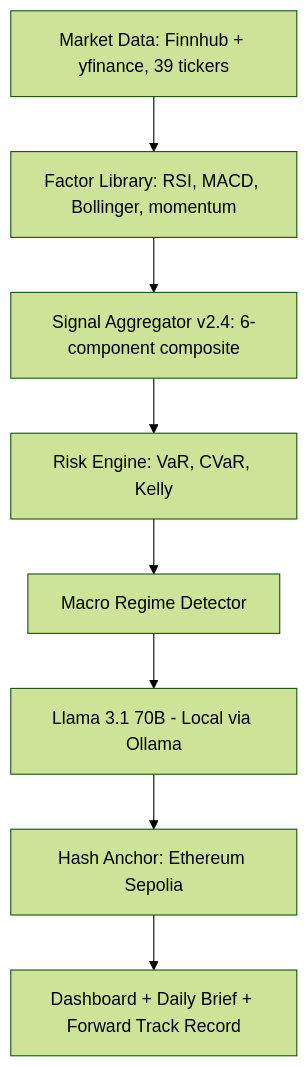
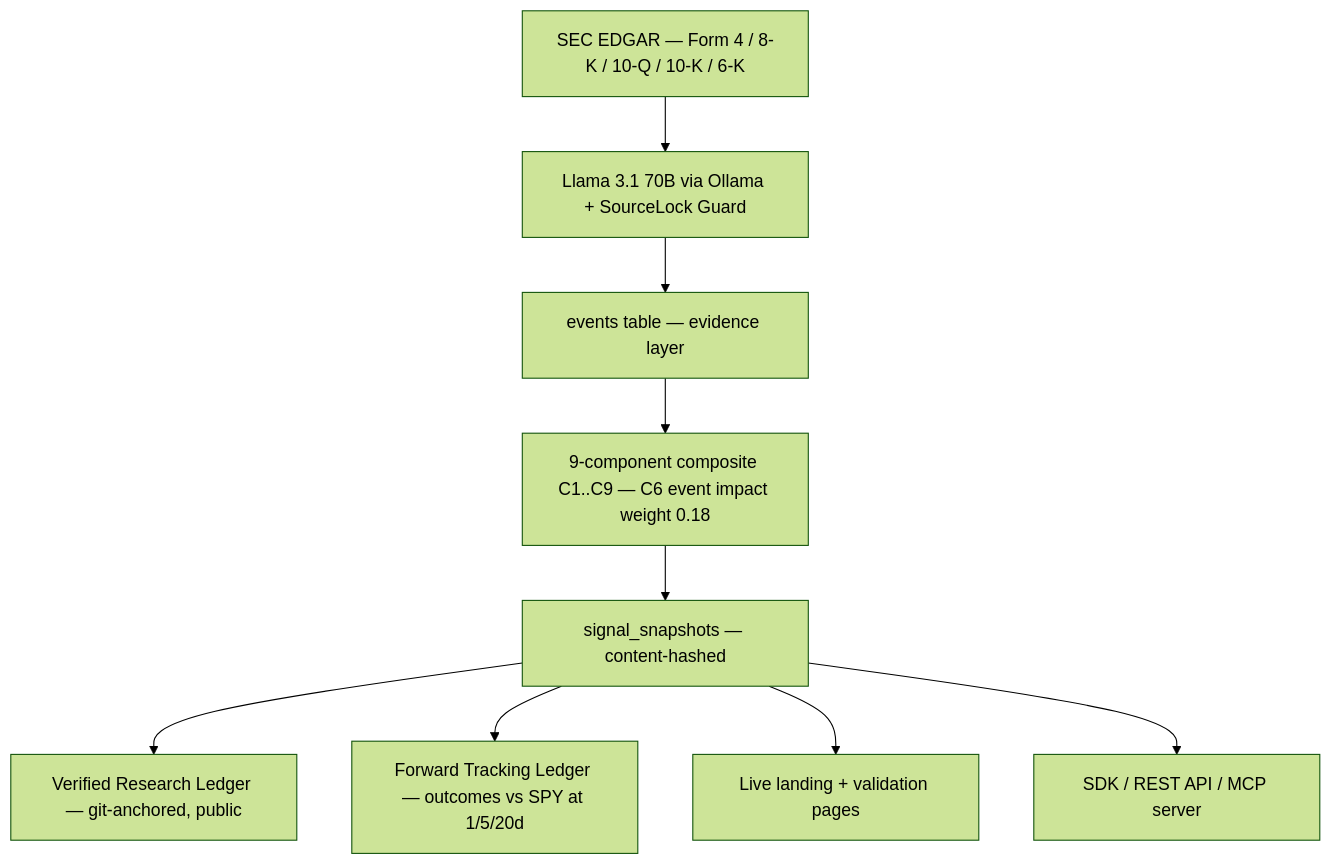
Before and after one commit to YuClawLab/yuclaw-brain: the diagram in README.md, drawn with Mermaid (forest theme). The commit also changed other lines of this file and 11 other files, not shown here.

First line of the commit message:
v3.0 docs cleanup: remove 5 dead v2.3 files; rewrite quickstart + README; fix MCP/track wording; add leak_audit disclaimer

````diff
--- a/README.md
+++ b/README.md
@@ -130,10 +107,11 @@
 ```mermaid
 graph TD
-    A[Market Data: Finnhub + yfinance, 39 tickers] --> B[Factor Library: RSI, MACD, Bollinger, momentum]
-    B --> C[Signal Aggregator v2.4: 6-component composite]
-    C --> D[Risk Engine: VaR, CVaR, Kelly]
-    D --> E[Macro Regime Detector]
-    E --> F[Llama 3.1 70B - Local via Ollama]
-    F --> G[Hash Anchor: Ethereum Sepolia]
-    G --> H[Dashboard + Daily Brief + Forward Track Record]
+    A[SEC EDGAR — Form 4 / 8-K / 10-Q / 10-K / 6-K] --> B[Llama 3.1 70B via Ollama + SourceLock Guard]
+    B --> C[events table — evidence layer]
+    C --> D[9-component composite C1..C9 — C6 event impact weight 0.18]
+    D --> E[signal_snapshots — content-hashed]
+    E --> F[Verified Research Ledger — git-anchored, public]
+    E --> G[Forward Tracking Ledger — outcomes vs SPY at 1/5/20d]
+    E --> H[Live landing + validation pages]
+    E --> I[SDK / REST API / MCP server]
 ```
````
